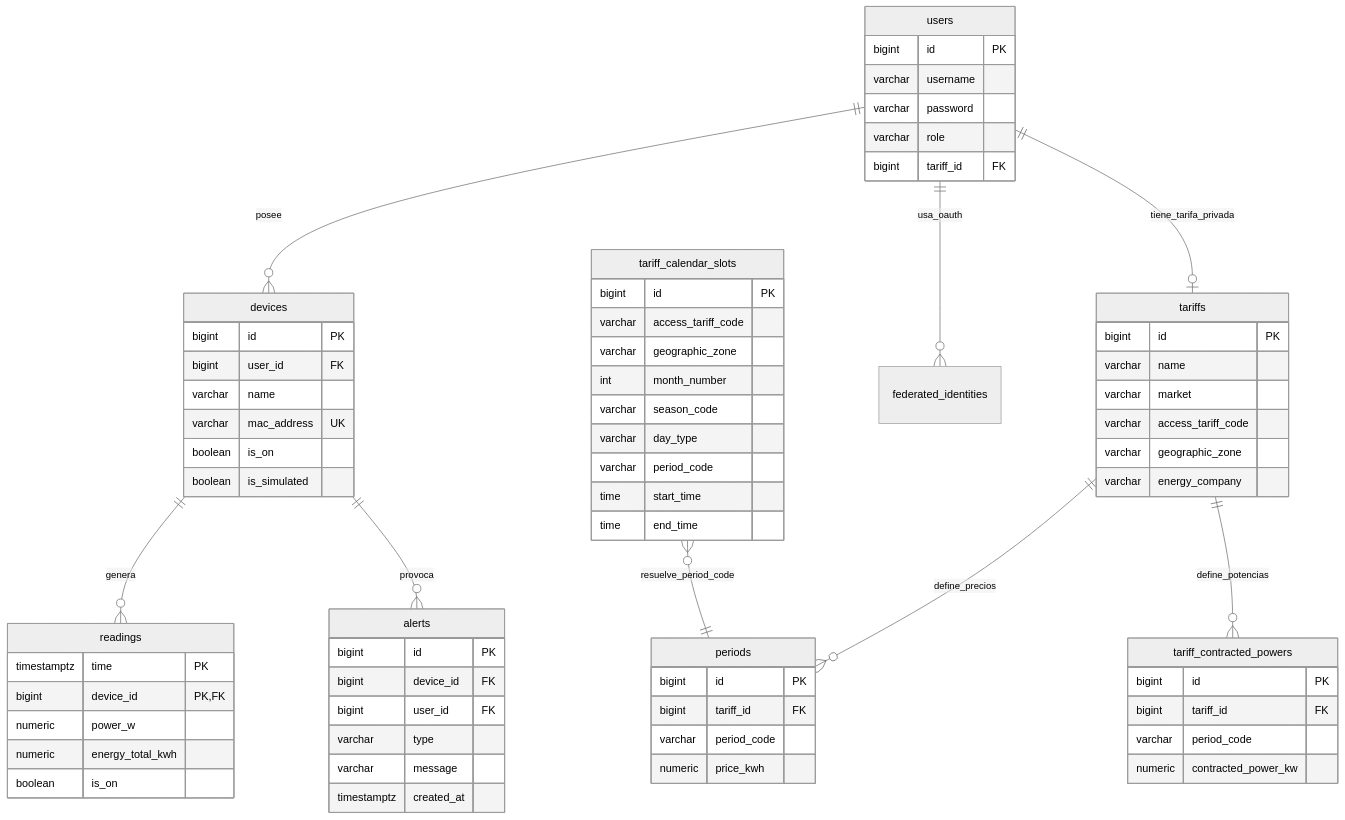
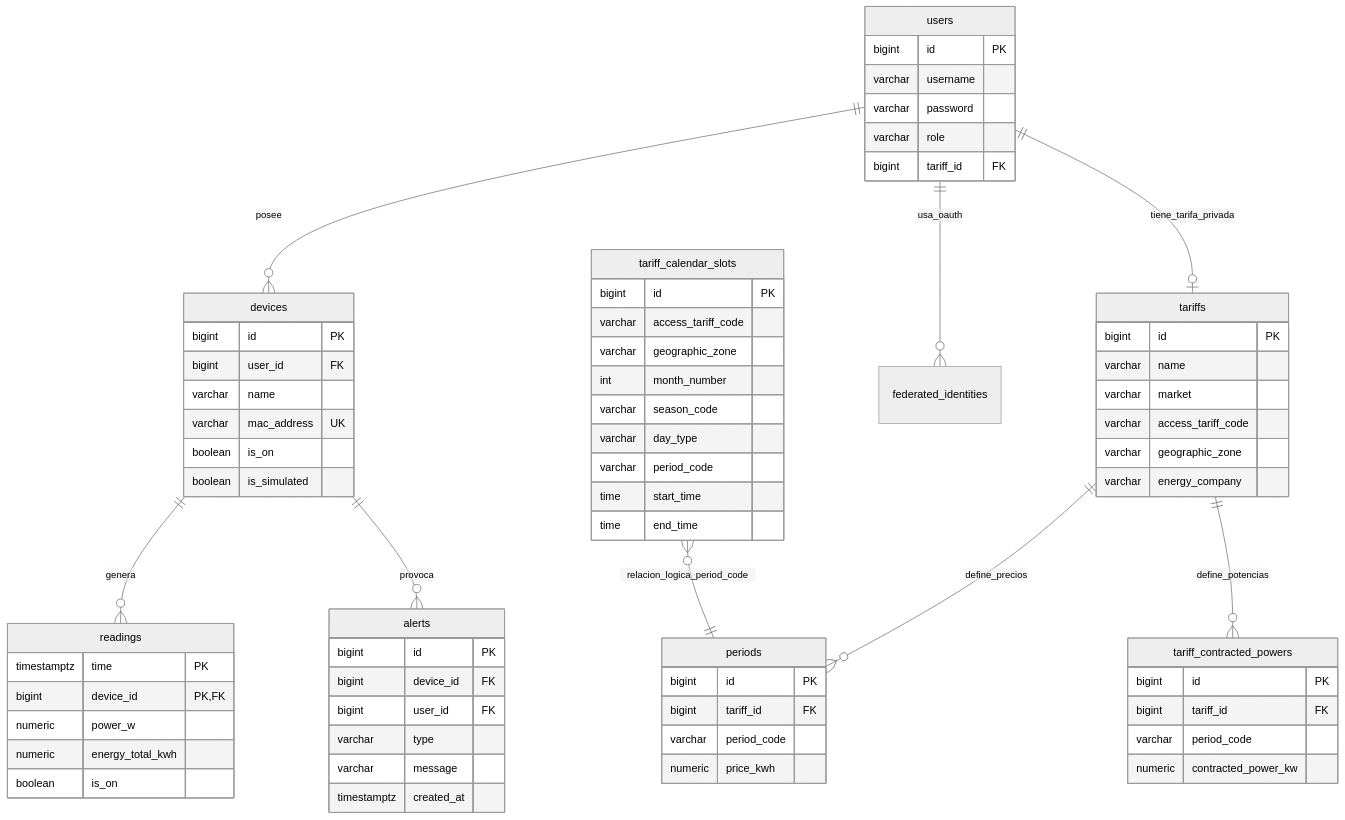
The first of 4 diagrams in docs/memoria-tecnica/memoria-tecnica-wattimizer.md (joellmar/wattpath-app), drawn with Mermaid (neutral theme) before and after one commit. The commit also changed other lines of this file, not shown here.

````diff
--- a/docs/memoria-tecnica/memoria-tecnica-wattimizer.md
+++ b/docs/memoria-tecnica/memoria-tecnica-wattimizer.md
@@ -143,80 +143,80 @@
 ```mermaid
 erDiagram
     users ||--o{ devices : posee
     users ||--o| tariffs : tiene_tarifa_privada
     users ||--o{ federated_identities : usa_oauth
     devices ||--o{ readings : genera
     devices ||--o{ alerts : provoca
     tariffs ||--o{ periods : define_precios
     tariffs ||--o{ tariff_contracted_powers : define_potencias
-    tariff_calendar_slots }o--|| periods : resuelve_period_code
+    tariff_calendar_slots }o--|| periods : relacion_logica_period_code
 
     users {
         bigint id PK
         varchar username
         varchar password
         varchar role
         bigint tariff_id FK
     }
 
     devices {
         bigint id PK
         bigint user_id FK
         varchar name
         varchar mac_address UK
         boolean is_on
         boolean is_simulated
     }
 
     readings {
         timestamptz time PK
         bigint device_id PK,FK
         numeric power_w
         numeric energy_total_kwh
         boolean is_on
     }
 
     tariffs {
         bigint id PK
         varchar name
         varchar market
         varchar access_tariff_code
         varchar geographic_zone
         varchar energy_company
     }
 
     periods {
         bigint id PK
         bigint tariff_id FK
         varchar period_code
         numeric price_kwh
     }
 
     tariff_contracted_powers {
         bigint id PK
         bigint tariff_id FK
         varchar period_code
         numeric contracted_power_kw
     }
 
     tariff_calendar_slots {
         bigint id PK
         varchar access_tariff_code
         varchar geographic_zone
         int month_number
         varchar season_code
         varchar day_type
         varchar period_code
         time start_time
         time end_time
     }
 
     alerts {
         bigint id PK
         bigint device_id FK
         bigint user_id FK
         varchar type
         varchar message
         timestamptz created_at
     }
 ```
````
